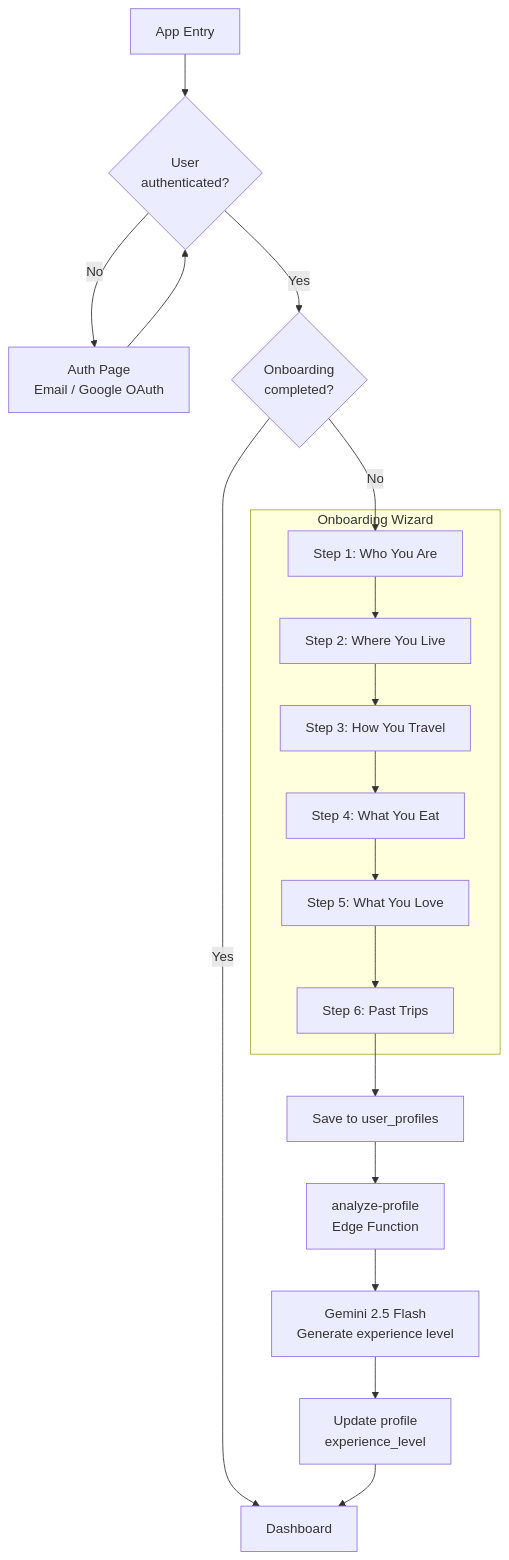
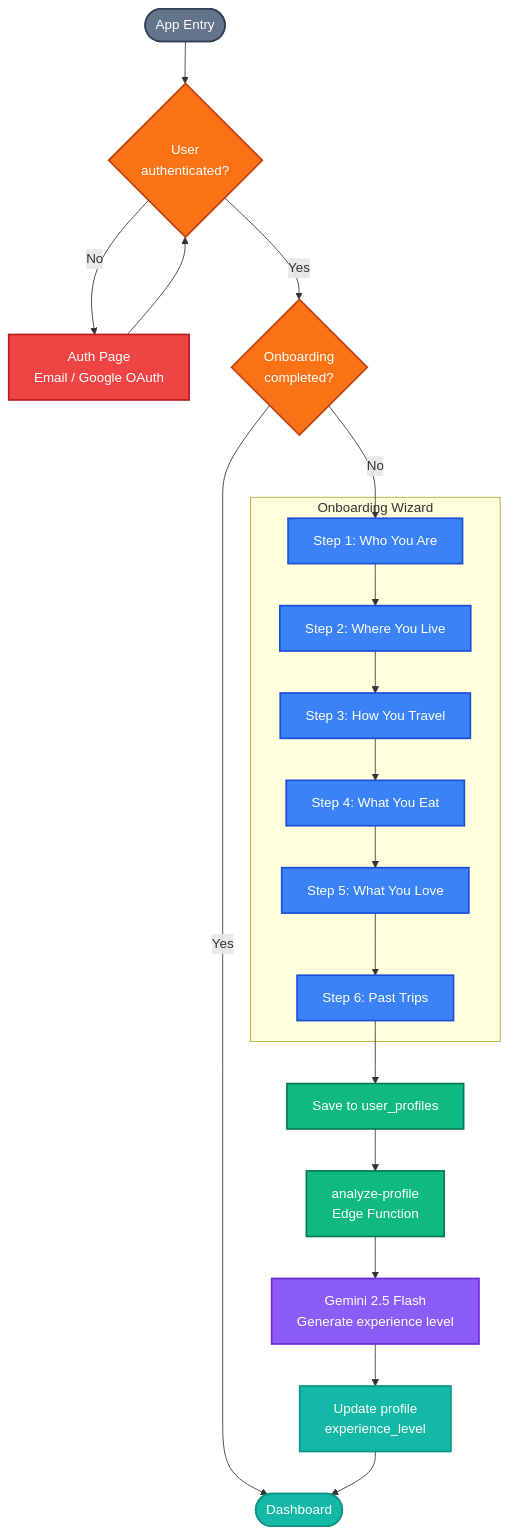
The second of 9 diagrams in README.md (Adamya-Varshney/Xcurson-AI-Travel-Planner), drawn with Mermaid before and after one commit. The commit also changed other lines of this file, not shown here.

First line of the commit message:
Style README diagrams with bright color-coded theme

````diff
--- a/README.md
+++ b/README.md
@@ -172,25 +182,41 @@
 ```mermaid
 flowchart TD
-    START["App Entry"] --> CHECK{"User\nauthenticated?"}
+    START(["App Entry"]) --> CHECK{"User\nauthenticated?"}
     CHECK -->|"No"| AUTH["Auth Page\nEmail / Google OAuth"]
     AUTH --> CHECK
     CHECK -->|"Yes"| OB_CHECK{"Onboarding\ncompleted?"}
-    OB_CHECK -->|"Yes"| DASH["Dashboard"]
+    OB_CHECK -->|"Yes"| DASH(["Dashboard"])
     OB_CHECK -->|"No"| S1
 
     subgraph WIZARD["Onboarding Wizard"]
         S1["Step 1: Who You Are"]
         S2["Step 2: Where You Live"]
         S3["Step 3: How You Travel"]
         S4["Step 4: What You Eat"]
         S5["Step 5: What You Love"]
         S6["Step 6: Past Trips"]
         S1 --> S2 --> S3 --> S4 --> S5 --> S6
     end
 
     S6 --> SAVE["Save to user_profiles"]
     SAVE --> ANALYZE["analyze-profile\nEdge Function"]
     ANALYZE --> GEMINI["Gemini 2.5 Flash\nGenerate experience level"]
     GEMINI --> UPDATE["Update profile\nexperience_level"]
     UPDATE --> DASH
+
+    classDef start fill:#64748B,stroke:#334155,color:#FFFFFF,stroke-width:2px
+    classDef decision fill:#F97316,stroke:#C2410C,color:#FFFFFF,stroke-width:2px
+    classDef auth fill:#EF4444,stroke:#B91C1C,color:#FFFFFF,stroke-width:2px
+    classDef step fill:#3B82F6,stroke:#1D4ED8,color:#FFFFFF,stroke-width:2px
+    classDef action fill:#10B981,stroke:#047857,color:#FFFFFF,stroke-width:2px
+    classDef ai fill:#8B5CF6,stroke:#6D28D9,color:#FFFFFF,stroke-width:2px
+    classDef success fill:#14B8A6,stroke:#0D9488,color:#FFFFFF,stroke-width:2px
+
+    class START start
+    class CHECK,OB_CHECK decision
+    class AUTH auth
+    class S1,S2,S3,S4,S5,S6 step
+    class SAVE,ANALYZE action
+    class GEMINI ai
+    class UPDATE,DASH success
 ```
````
